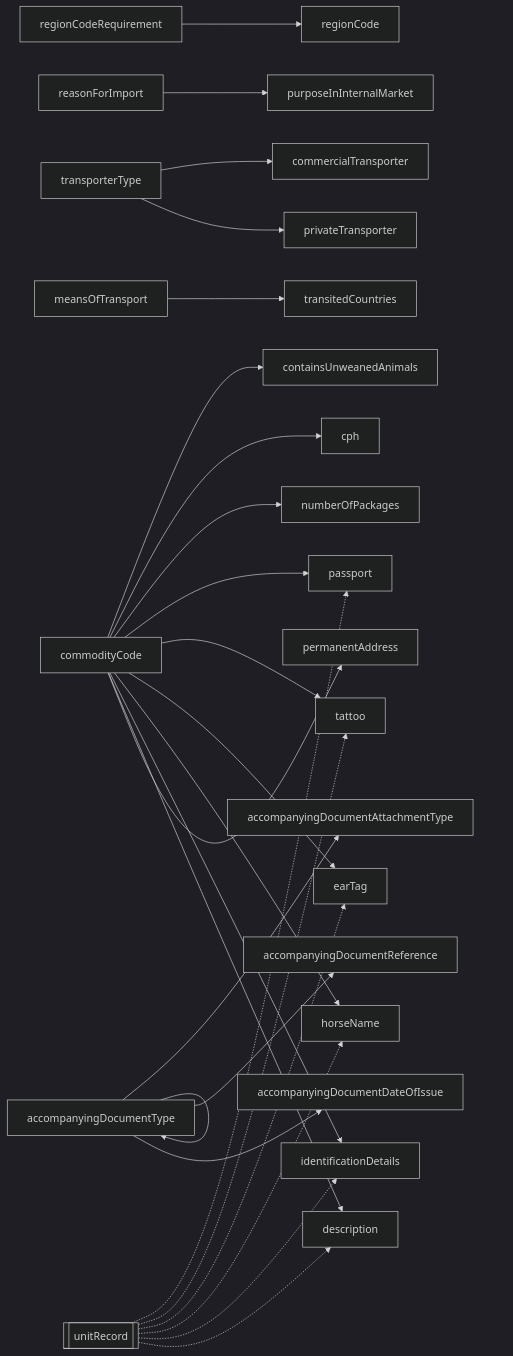
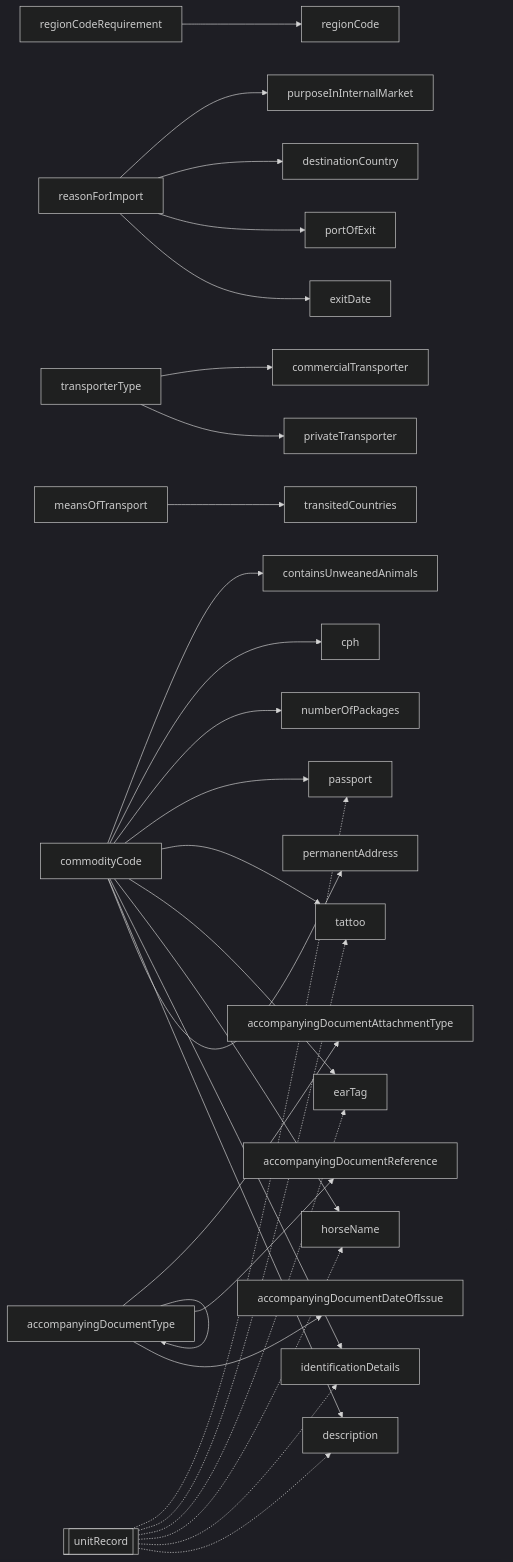
The first of 7 diagrams in prototypes/journey-config-spikes/EUDPA-249-flow-layer/MODEL.md (DEFRA/trade-imports-animals-frontend), drawn with Mermaid (dark theme) before and after one commit. The commit also changed other lines of this file and 14 other files, not shown here.

First line of the commit message:
feat(EUDPA-288): reason-gated destinationCountry / portOfExit / exitDate

````diff
--- a/prototypes/journey-config-spikes/EUDPA-249-flow-layer/MODEL.md
+++ b/prototypes/journey-config-spikes/EUDPA-249-flow-layer/MODEL.md
@@ -65,29 +68,32 @@
 ```mermaid
 graph LR
   unitRecord[[unitRecord]]
   regionCodeRequirement --> regionCode
   reasonForImport --> purposeInInternalMarket
+  reasonForImport --> destinationCountry
+  reasonForImport --> portOfExit
+  reasonForImport --> exitDate
   commodityCode --> containsUnweanedAnimals
   transporterType --> commercialTransporter
   transporterType --> privateTransporter
   meansOfTransport --> transitedCountries
   commodityCode --> cph
   accompanyingDocumentType --> accompanyingDocumentType
   accompanyingDocumentType --> accompanyingDocumentAttachmentType
   accompanyingDocumentType --> accompanyingDocumentReference
   accompanyingDocumentType --> accompanyingDocumentDateOfIssue
   commodityCode --> numberOfPackages
   commodityCode --> passport
   commodityCode --> tattoo
   commodityCode --> earTag
   commodityCode --> horseName
   commodityCode --> identificationDetails
   commodityCode --> description
   commodityCode --> permanentAddress
   unitRecord -.-> passport
   unitRecord -.-> tattoo
   unitRecord -.-> earTag
   unitRecord -.-> horseName
   unitRecord -.-> identificationDetails
   unitRecord -.-> description
 ```
````
